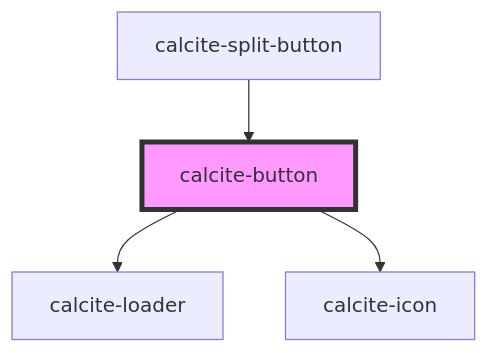
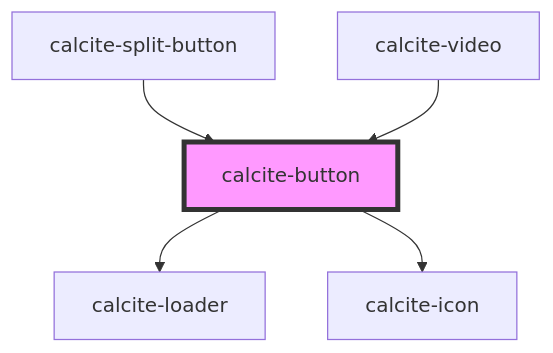
One commit to Esri/calcite-design-system changed the diagram in src/components/calcite-button/readme.md. Above: the diagram before and after it, drawn with Mermaid. The commit also changed other lines of this file and 19 other files, not shown here.

````diff
--- a/src/components/calcite-button/readme.md
+++ b/src/components/calcite-button/readme.md
@@ -53,7 +48,8 @@
 ```mermaid
 graph TD;
   calcite-button --> calcite-loader
   calcite-button --> calcite-icon
   calcite-split-button --> calcite-button
+  calcite-video --> calcite-button
   style calcite-button fill:#f9f,stroke:#333,stroke-width:4px
 ```
````
